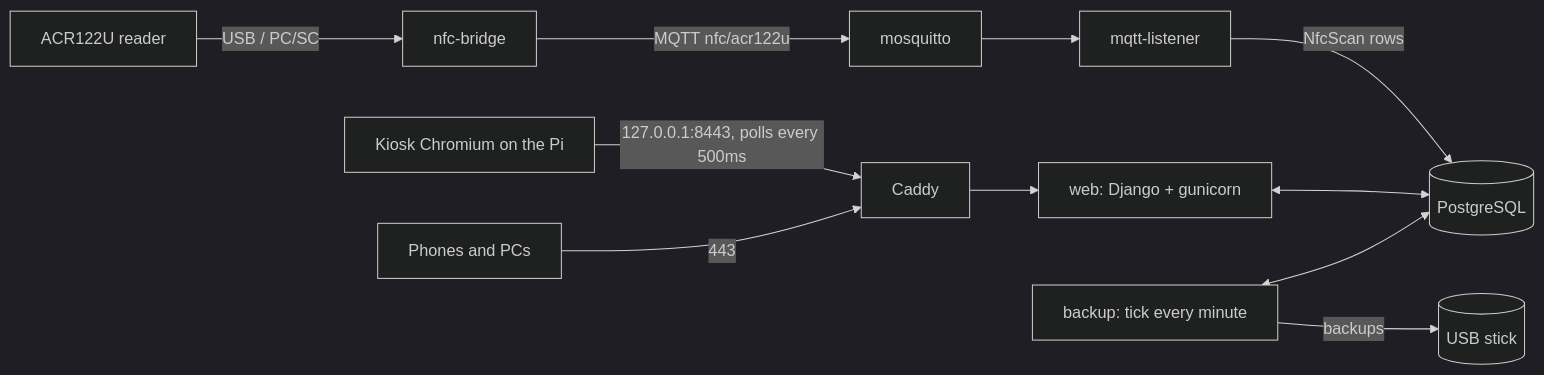
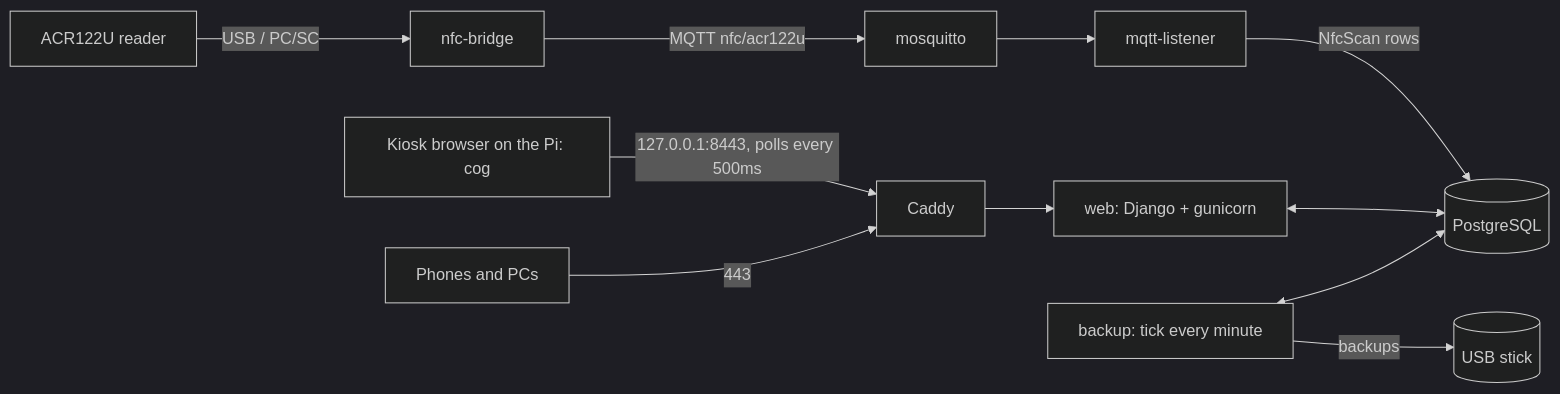
One commit to OneAndOnlyBaka/CoffeePy changed the first of 4 diagrams in docs/ARCHITECTURE.md. Above: the diagram before and after it, drawn with Mermaid (dark theme). The commit also changed other lines of this file and 34 other files, not shown here.

First line of the commit message:
Refactor kiosk session to use WPE WebKit's cog instead of Chromium

````diff
--- a/docs/ARCHITECTURE.md
+++ b/docs/ARCHITECTURE.md
@@ -24,13 +24,13 @@
 ```mermaid
 flowchart LR
     reader[ACR122U reader] -->|USB / PC/SC| bridge[nfc-bridge]
     bridge -->|MQTT nfc/acr122u| mosquitto
     mosquitto --> listener[mqtt-listener]
     listener -->|NfcScan rows| db[(PostgreSQL)]
     web[web: Django + gunicorn] <--> db
     backup[backup: tick every minute] <--> db
     caddy[Caddy] --> web
-    kiosk[Kiosk Chromium on the Pi] -->|127.0.0.1:8443, polls every 500ms| caddy
+    kiosk[Kiosk browser on the Pi: cog] -->|127.0.0.1:8443, polls every 500ms| caddy
     phones[Phones and PCs] -->|443| caddy
     backup -->|backups| stick[(USB stick)]
 ```
````
